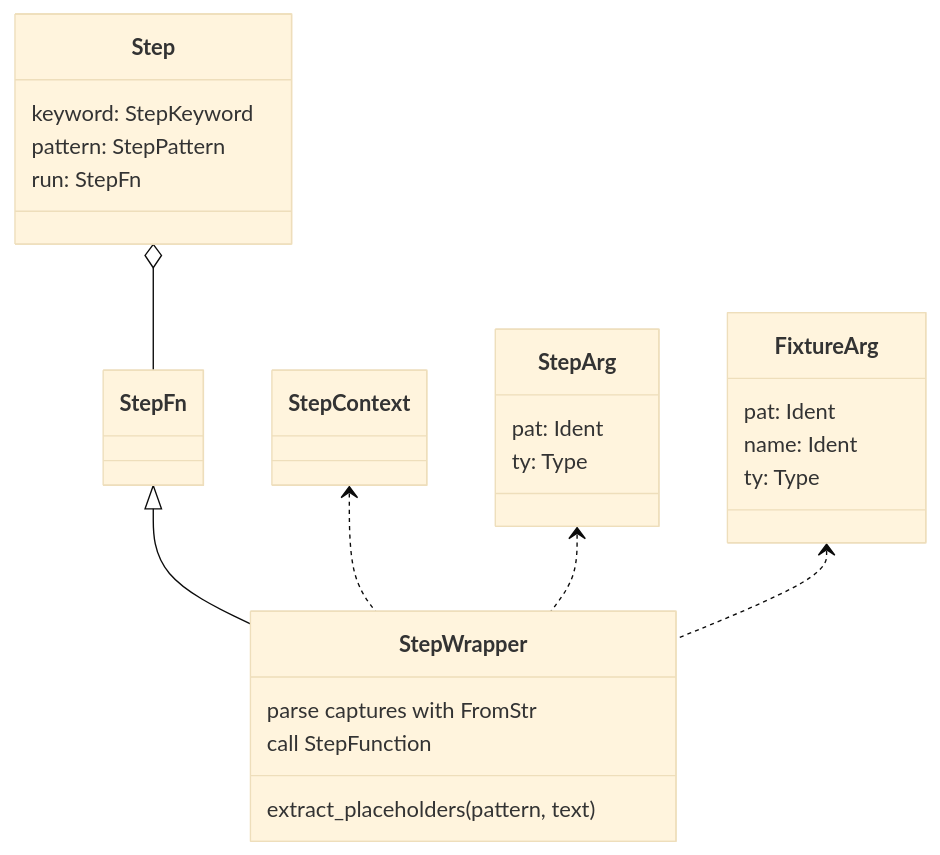
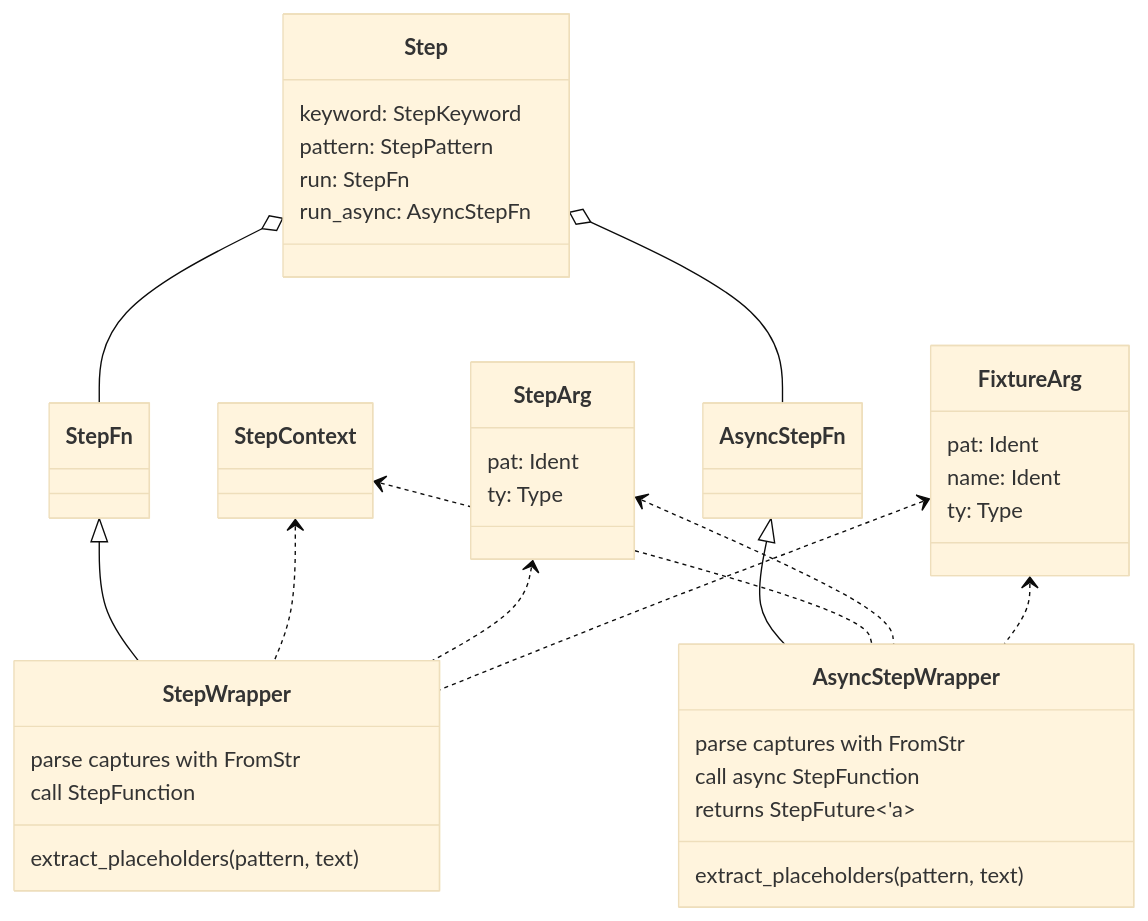
The seventh of 18 diagrams in docs/rstest-bdd-design.md (leynos/rstest-bdd), drawn with Mermaid (base theme) before and after one commit. The commit also changed other lines of this file and 1 other file, not shown here.

First line of the commit message:
Docs: Phase 8 — Async step execution plan and design updates (#349)

````diff
--- a/docs/rstest-bdd-design.md
+++ b/docs/rstest-bdd-design.md
@@ -930,29 +952,41 @@
 ```mermaid
 classDiagram
     class StepContext {
     }
     class StepArg {
         pat: Ident
         ty: Type
     }
     class FixtureArg {
         pat: Ident
         name: Ident
         ty: Type
     }
     class Step {
         keyword: StepKeyword
         pattern: StepPattern
         run: StepFn
+        run_async: AsyncStepFn
     }
     class StepFn
+    class AsyncStepFn
     class StepWrapper
+    class AsyncStepWrapper
     StepWrapper : extract_placeholders(pattern, text)
     StepWrapper : parse captures with FromStr
     StepWrapper : call StepFunction
+    AsyncStepWrapper : extract_placeholders(pattern, text)
+    AsyncStepWrapper : parse captures with FromStr
+    AsyncStepWrapper : call async StepFunction
+    AsyncStepWrapper : returns StepFuture<'a>
     StepFn <|-- StepWrapper
+    AsyncStepFn <|-- AsyncStepWrapper
     StepContext <.. StepWrapper
+    StepContext <.. AsyncStepWrapper
     StepArg <.. StepWrapper
+    StepArg <.. AsyncStepWrapper
     FixtureArg <.. StepWrapper
+    FixtureArg <.. AsyncStepWrapper
     Step o-- StepFn
+    Step o-- AsyncStepFn
 ```
````
